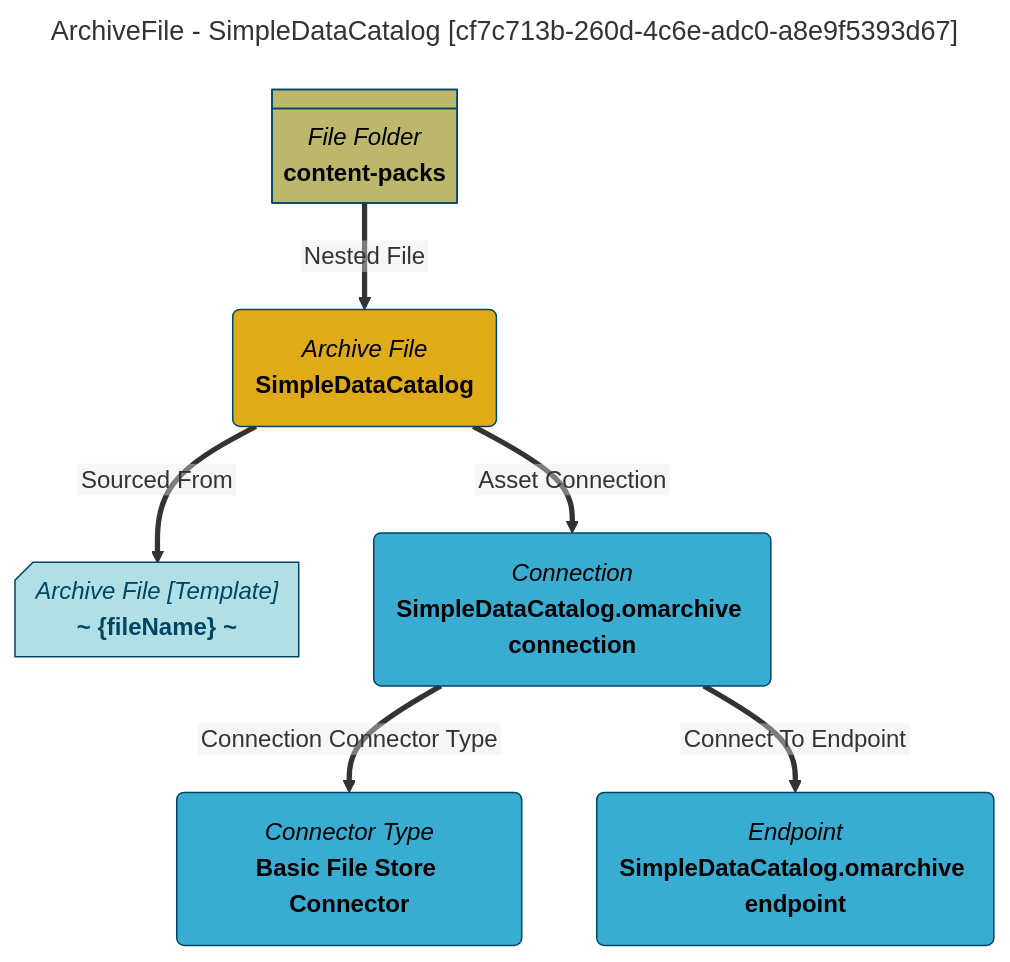
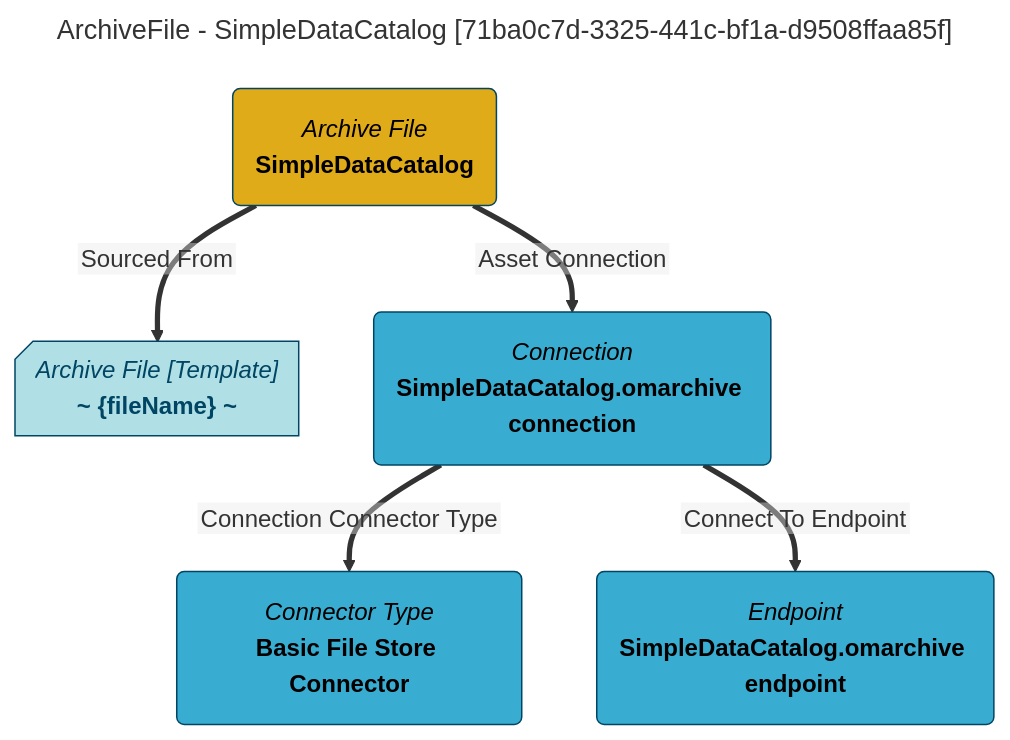
Before and after one commit to odpi/egeria-docs: the diagram in site/snippets/data-assets/simpledatacatalog-mermaid-graph.md, drawn with Mermaid. The commit also changed 2201 other files, not shown here.

````diff
--- a/site/snippets/data-assets/simpledatacatalog-mermaid-graph.md
+++ b/site/snippets/data-assets/simpledatacatalog-mermaid-graph.md
@@ -1,31 +1,27 @@
 ```mermaid
 ---
-title: ArchiveFile - SimpleDataCatalog [cf7c713b-260d-4c6e-adc0-a8e9f5393d67]
+title: ArchiveFile - SimpleDataCatalog [71ba0c7d-3325-441c-bf1a-d9508ffaa85f]
 ---
 flowchart TD
 %%{init: {"flowchart": {"htmlLabels": false}} }%%
 
 1@{ shape: rounded, label: "*Archive File*
 **SimpleDataCatalog**"}
 2@{ shape: card, label: "*Archive File [Template]*
 **~ {fileName} ~**"}
 1==>|"Sourced From"|2
 3@{ shape: rounded, label: "*Connection*
 **SimpleDataCatalog.omarchive connection**"}
 1==>|"Asset Connection"|3
 4@{ shape: rounded, label: "*Connector Type*
 **Basic File Store Connector**"}
 3==>|"Connection Connector Type"|4
 5@{ shape: rounded, label: "*Endpoint*
 **SimpleDataCatalog.omarchive endpoint**"}
 3==>|"Connect To Endpoint"|5
-6@{ shape: div-rect, label: "*File Folder*
-**content-packs**"}
-6==>|"Nested File"|1
 style 1 color:#000000, fill:#e0ab18, stroke:#004563
 style 2 color:#004563, fill:#b0e0e6, stroke:#004563
 style 3 color:#000000, fill:#39add1, stroke:#004563
 style 4 color:#000000, fill:#39add1, stroke:#004563
 style 5 color:#000000, fill:#39add1, stroke:#004563
-style 6 color:#000000, fill:#bdb76b, stroke:#004563
 ```
````
